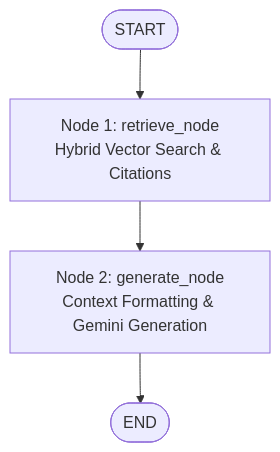
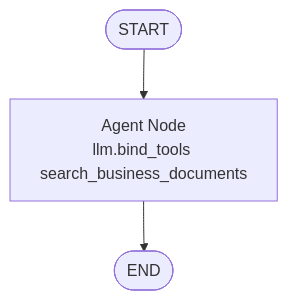
The diagram in src/llm/guidelines.md (SarthakJain23/business_analyst_rag), drawn with Mermaid before and after one commit. The commit also changed other lines of this file and 5 other files, not shown here.

Commit message:
refactor: migrate RAG workflow to an autonomous tool-calling agent using LangGraph and remove stale sample documents.

````diff
--- a/src/llm/guidelines.md
+++ b/src/llm/guidelines.md
@@ -86,6 +76,5 @@
 ```mermaid
 flowchart TD
-    Start([START]) --> RetrieveNode[Node 1: retrieve_node\nHybrid Vector Search & Citations]
-    RetrieveNode --> GenerateNode[Node 2: generate_node\nContext Formatting & Gemini Generation]
-    GenerateNode --> End([END])
+    Start([START]) --> AgentNode[Agent Node\nllm.bind_tools search_business_documents]
+    AgentNode --> End([END])
 ```
````
